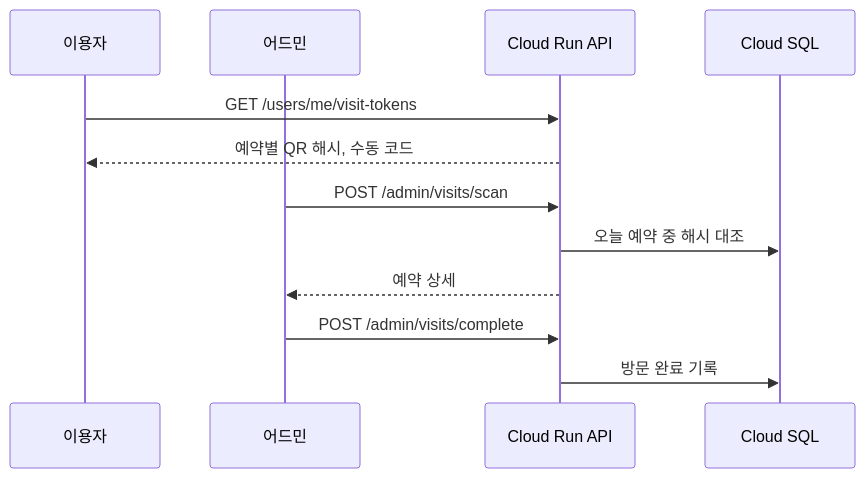
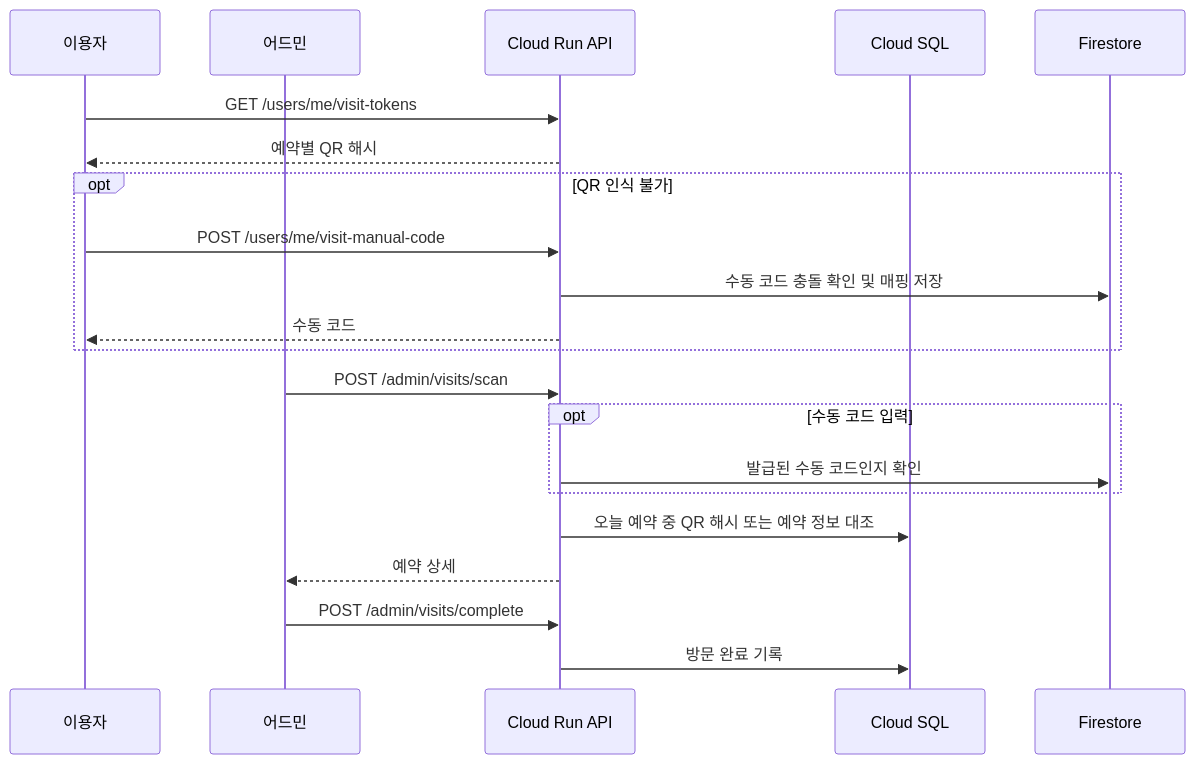
Before and after one commit to jeongwoo-gobroad/reservation.io: the third of 4 diagrams in docs/architecture.md, drawn with Mermaid. The commit also changed other lines of this file and 14 other files, not shown here.

````diff
--- a/docs/architecture.md
+++ b/docs/architecture.md
@@ -84,15 +86,24 @@
 ```mermaid
 sequenceDiagram
     participant User as 이용자
     participant Admin as 어드민
     participant Api as Cloud Run API
     participant Db as Cloud SQL
+    participant Fs as Firestore
 
     User->>Api: GET /users/me/visit-tokens
-    Api-->>User: 예약별 QR 해시, 수동 코드
+    Api-->>User: 예약별 QR 해시
+    opt QR 인식 불가
+        User->>Api: POST /users/me/visit-manual-code
+        Api->>Fs: 수동 코드 충돌 확인 및 매핑 저장
+        Api-->>User: 수동 코드
+    end
     Admin->>Api: POST /admin/visits/scan
-    Api->>Db: 오늘 예약 중 해시 대조
+    opt 수동 코드 입력
+        Api->>Fs: 발급된 수동 코드인지 확인
+    end
+    Api->>Db: 오늘 예약 중 QR 해시 또는 예약 정보 대조
     Api-->>Admin: 예약 상세
     Admin->>Api: POST /admin/visits/complete
     Api->>Db: 방문 완료 기록
 ```
````
